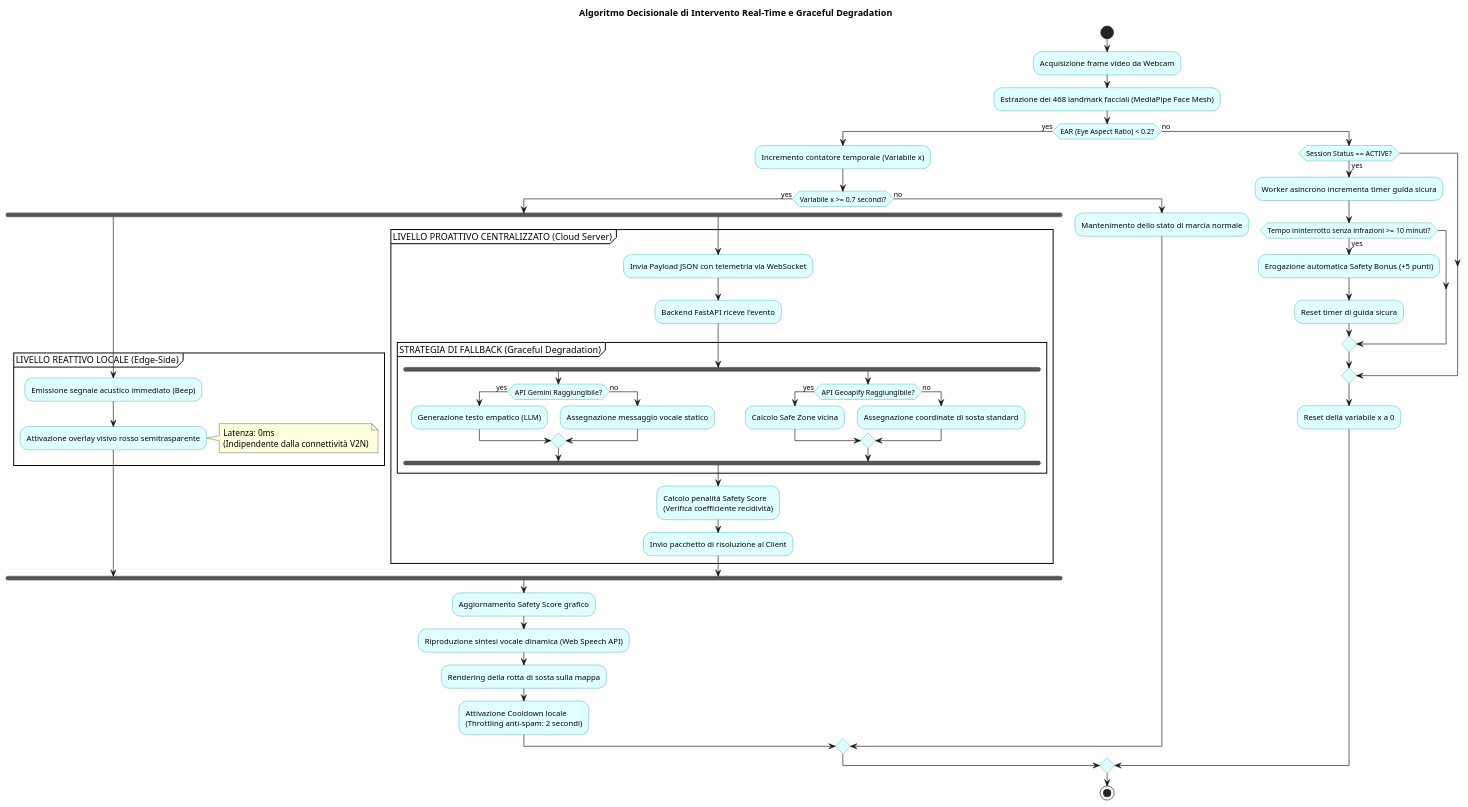
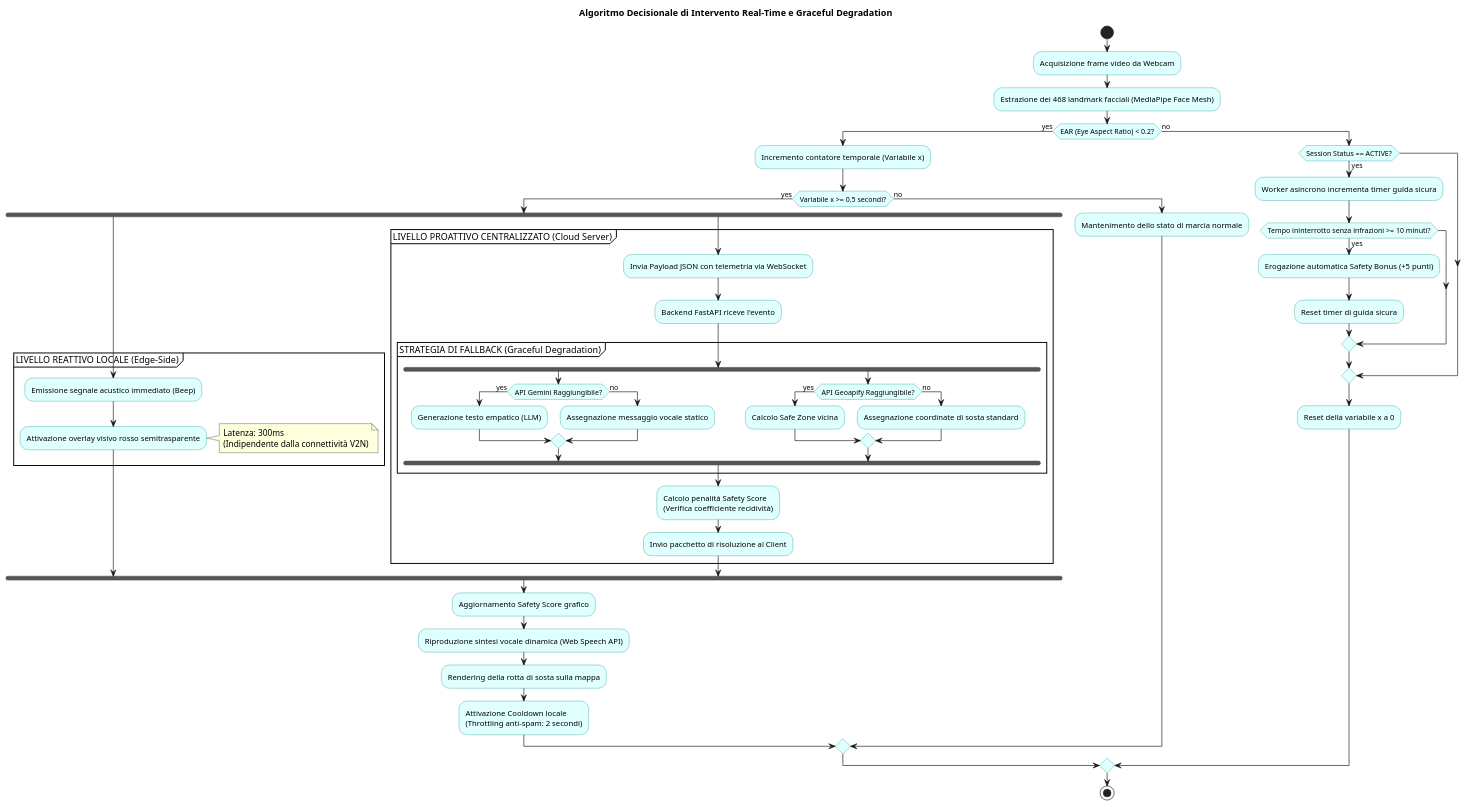
One commit to p3pp304/driver-monitoring-system changed the diagram in Diagrammi/modello_decisionale/flowchart_decisionale.puml. Above: the diagram before and after it, drawn with PlantUML. The commit also changed 10 other files, not shown here.

Commit message:
aggiornamento dei diagrammi

```diff
--- a/Diagrammi/modello_decisionale/flowchart_decisionale.puml
+++ b/Diagrammi/modello_decisionale/flowchart_decisionale.puml
@@ -1,79 +1,79 @@
 @startuml
 skinparam handwritten false
 skinparam DefaultFontName Arial
 skinparam ActivityBackgroundColor #LightCyan
 skinparam ActivityBorderColor #008B8B
 skinparam DiamondBackgroundColor #LightYellow
 skinparam DiamondBorderColor #Orange
 
 title Algoritmo Decisionale di Intervento Real-Time e Graceful Degradation
 
 start
 
 :Acquisizione frame video da Webcam;
 :Estrazione dei 468 landmark facciali (MediaPipe Face Mesh);
 
 if (EAR (Eye Aspect Ratio) < 0.2?) then (yes)
     :Incremento contatore temporale (Variabile x);
-    if (Variabile x >= 0.7 secondi?) then (yes)
+    if (Variabile x >= 0.5 secondi?) then (yes)
         
         ' --- BIFORCAZIONE ATTIVAZIONE IBRIDA ---
         fork
             partition "LIVELLO REATTIVO LOCALE (Edge-Side)" {
                 :Emissione segnale acustico immediato (Beep);
                 :Attivazione overlay visivo rosso semitrasparente;
                 note right
-                    Latenza: 0ms
+                    Latenza: 300ms
                     (Indipendente dalla connettività V2N)
                 end note
             }
         fork again
             partition "LIVELLO PROATTIVO CENTRALIZZATO (Cloud Server)" {
                 :Invia Payload JSON con telemetria via WebSocket;
                 :Backend FastAPI riceve l'evento;
                 
                 partition "STRATEGIA DI FALLBACK (Graceful Degradation)" {
                     fork
                         if (API Gemini Raggiungibile?) then (yes)
                             :Generazione testo empatico (LLM);
                         else (no)
                             :Assegnazione messaggio vocale statico;
                         endif
                     fork again
                         if (API Geoapify Raggiungibile?) then (yes)
                             :Calcolo Safe Zone vicina;
                         else (no)
                             :Assegnazione coordinate di sosta standard;
                         endif
                     end fork
                 }
                 
                 :Calcolo penalità Safety Score\n(Verifica coefficiente recidività);
                 :Invio pacchetto di risoluzione al Client;
             }
         end fork
         
         ' --- FASE DI RITORNO AL CLIENT ---
         :Aggiornamento Safety Score grafico;
         :Riproduzione sintesi vocale dinamica (Web Speech API);
         :Rendering della rotta di sosta sulla mappa;
         
         :Attivazione Cooldown locale\n(Throttling anti-spam: 2 secondi);
         
     else (no)
         :Mantenimento dello stato di marcia normale;
     endif
 
 else (no)
     if (Session Status == ACTIVE?) then (yes)
         :Worker asincrono incrementa timer guida sicura;
         if (Tempo ininterrotto senza infrazioni >= 10 minuti?) then (yes)
             :Erogazione automatica Safety Bonus (+5 punti);
             :Reset timer di guida sicura;
         endif
     endif
     :Reset della variabile x a 0;
 endif
 
 stop
 @enduml
```
